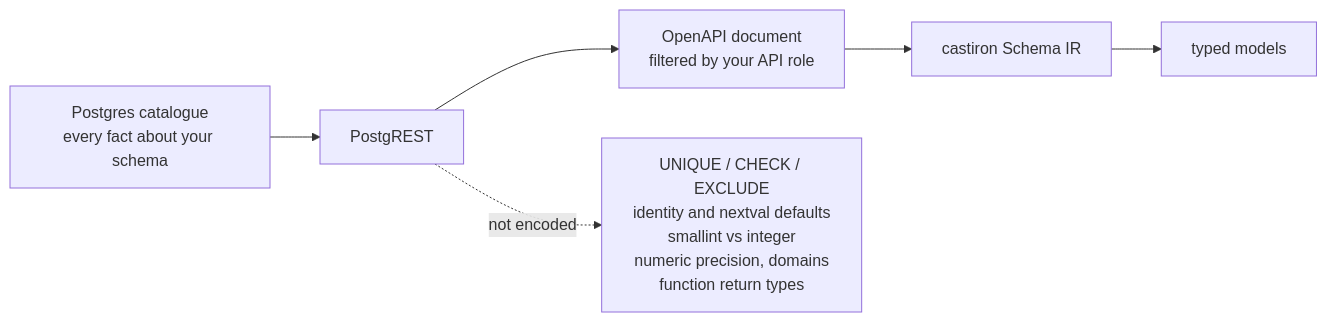
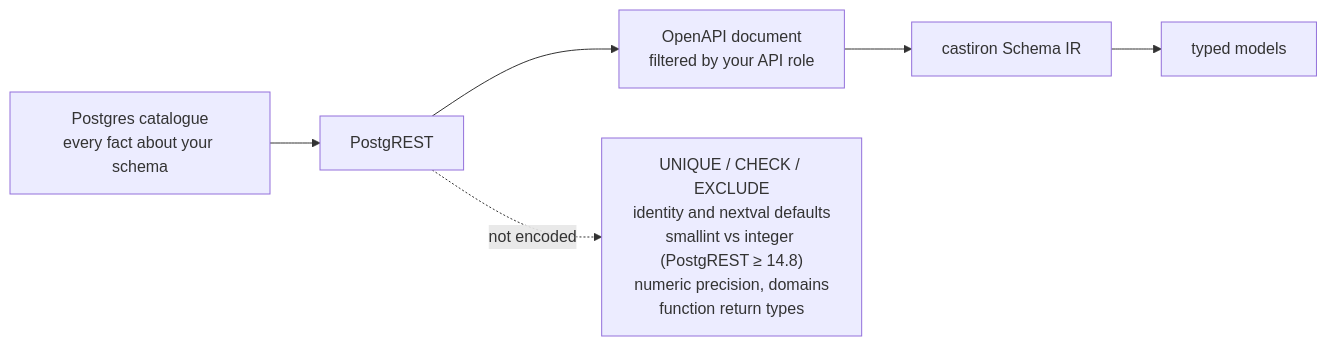
Before and after one commit to kmbhm1/castiron: the diagram in docs/sources/openapi.md, drawn with Mermaid. The commit also changed other lines of this file and 7 other files, not shown here.

````diff
--- a/docs/sources/openapi.md
+++ b/docs/sources/openapi.md
@@ -19,8 +21,8 @@
 ```mermaid
 flowchart LR
     PG["Postgres catalogue<br/>every fact about your schema"] --> PR["PostgREST"]
     PR --> DOC["OpenAPI document<br/>filtered by your API role"]
     DOC --> IR["castiron Schema IR"]
     IR --> M["typed models"]
-    PR -.->|not encoded| LOST["UNIQUE / CHECK / EXCLUDE<br/>identity and nextval defaults<br/>smallint vs integer<br/>numeric precision, domains<br/>function return types"]
+    PR -.->|not encoded| LOST["UNIQUE / CHECK / EXCLUDE<br/>identity and nextval defaults<br/>smallint vs integer (PostgREST ≥ 14.8)<br/>numeric precision, domains<br/>function return types"]
 ```
````
